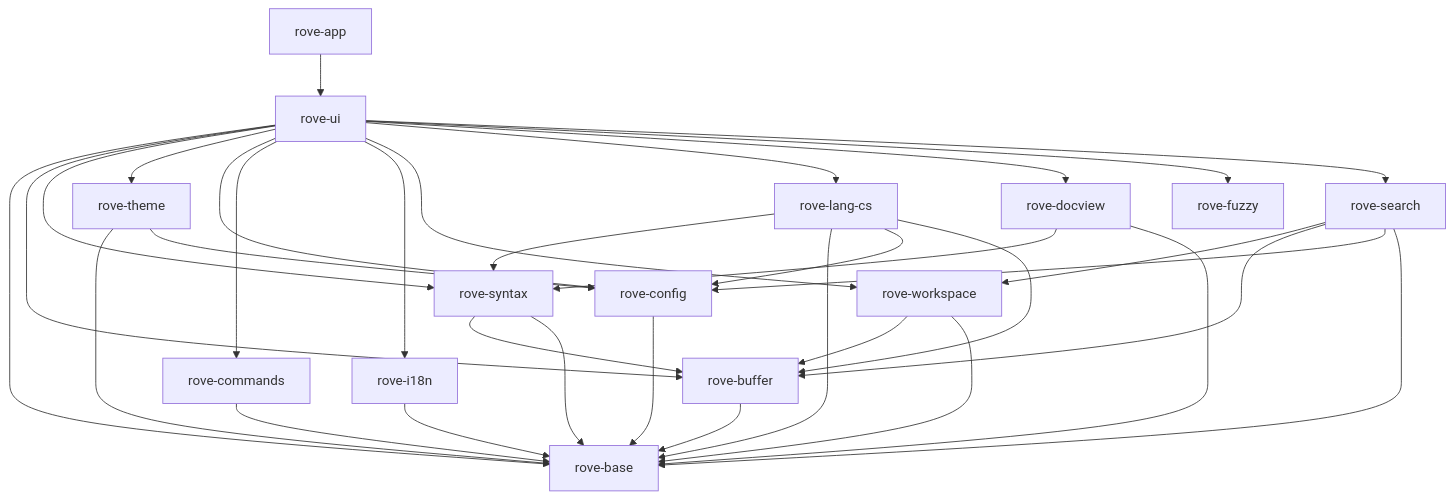
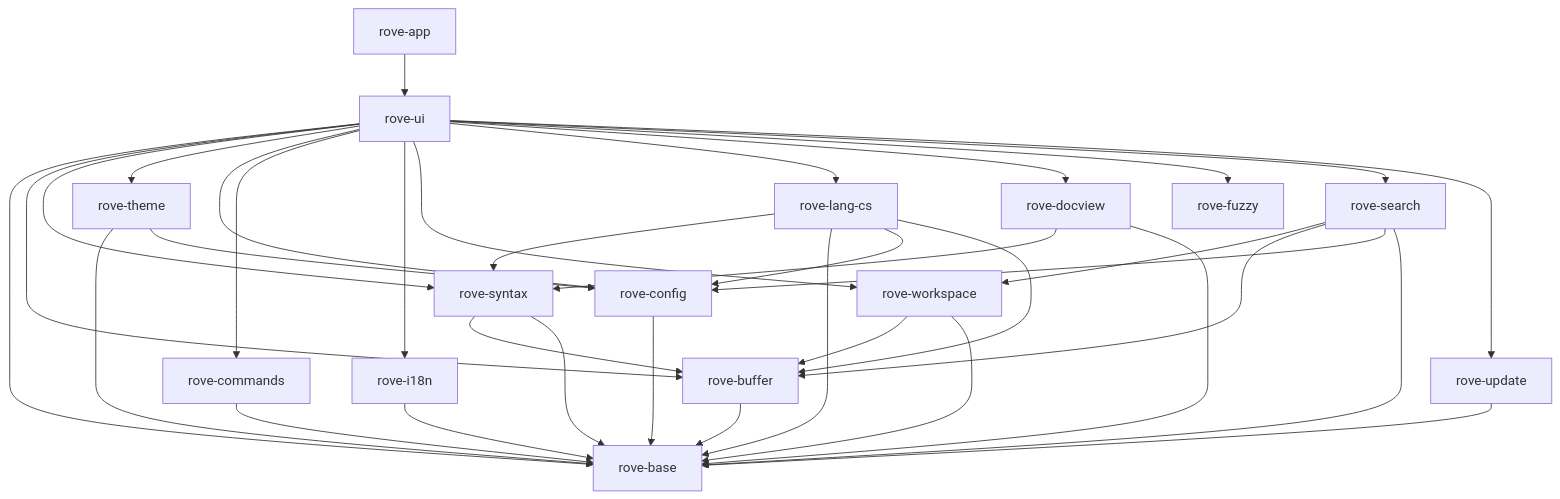
The diagram in docs/ARCHITECTURE.md (Zhao-wl/Rove), drawn with Mermaid before and after one commit. The commit also changed other lines of this file and 45 other files, not shown here.

````diff
--- a/docs/ARCHITECTURE.md
+++ b/docs/ARCHITECTURE.md
@@ -16,36 +16,38 @@
 ```mermaid
 flowchart TD
  app[rove-app] --> ui[rove-ui]
  ui --> base[rove-base]
  ui --> buffer[rove-buffer]
  ui --> syntax[rove-syntax]
  ui --> theme[rove-theme]
  ui --> config[rove-config]
  ui --> commands[rove-commands]
  ui --> i18n[rove-i18n]
  ui --> workspace[rove-workspace]
  ui --> cs[rove-lang-cs]
  ui --> docview[rove-docview]
  ui --> fuzzy[rove-fuzzy]
  buffer --> base
  syntax --> buffer
  syntax --> base
  theme --> base
  theme --> config
  config --> base
  commands --> base
  i18n --> base
  workspace --> buffer
  workspace --> base
  cs --> syntax
  cs --> base
  docview --> syntax
  docview --> base
  cs --> config
  cs --> buffer
  ui --> search[rove-search]
  search --> workspace
  search --> buffer
  search --> config
  search --> base
+ ui --> update[rove-update]
+ update --> base
 ```
````
